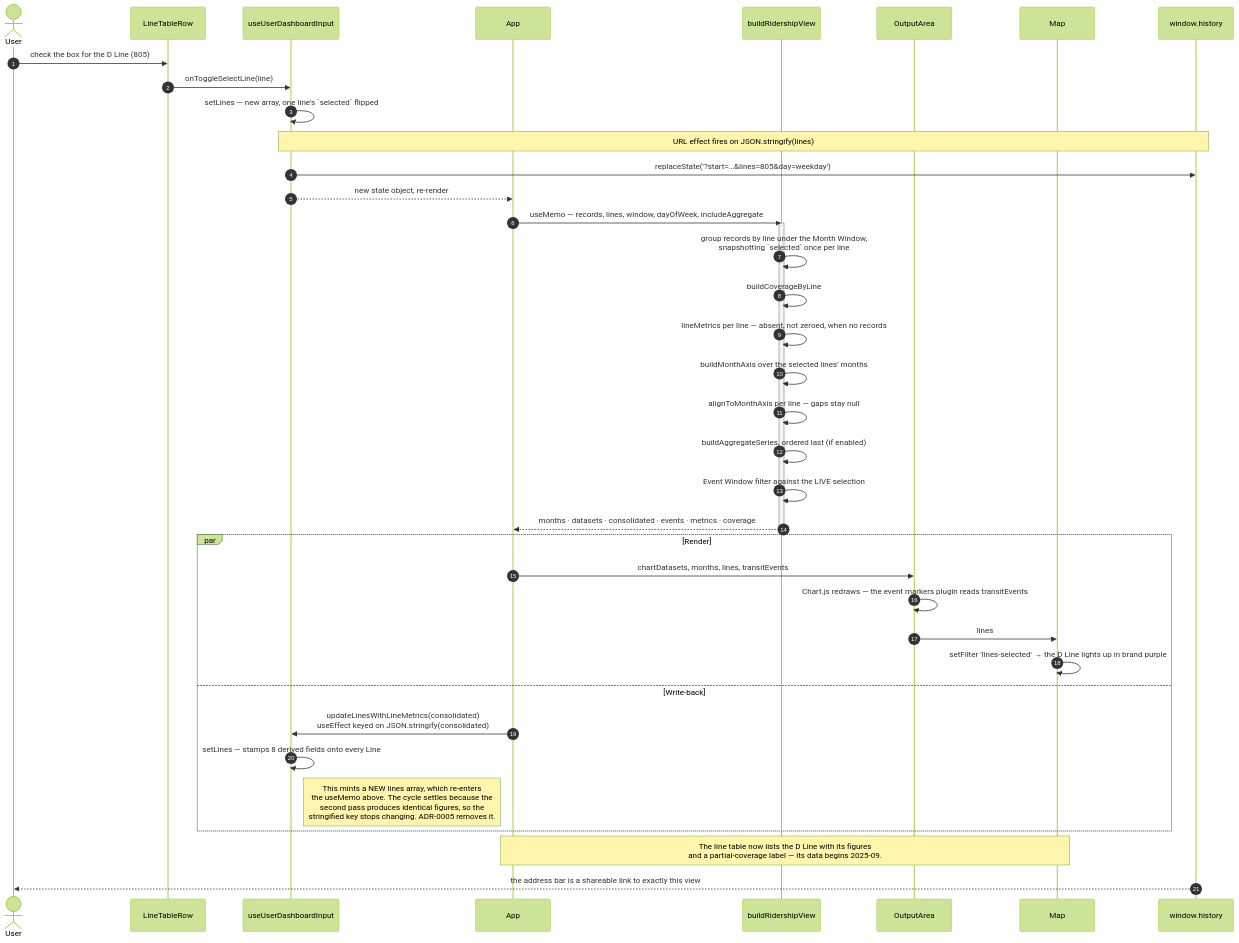
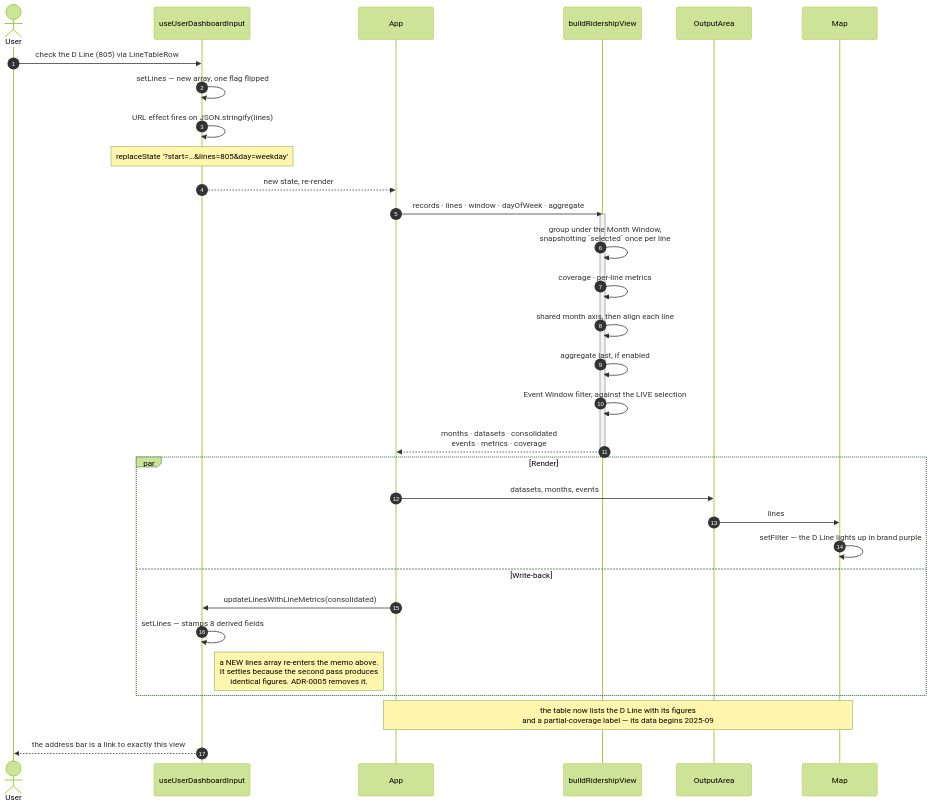
Diagram 20 of 21 in docs/architecture/diagrams.md (streetsforall/metro_ridership_app), drawn with Mermaid (forest theme) before and after one commit. The commit also changed other lines of this file and 38 other files, not shown here.

First line of the commit message:
docs: redraw the diagrams in the app's palette, and unstick CLAUDE.md

````diff
--- a/docs/architecture/diagrams.md
+++ b/docs/architecture/diagrams.md
@@ -1169,47 +1255,40 @@
 ```mermaid
 sequenceDiagram
   autonumber
   actor U as User
-  participant Row as LineTableRow
   participant Hook as useUserDashboardInput
   participant App as App
   participant View as buildRidershipView
   participant OA as OutputArea
   participant Map as Map
-  participant URL as window.history
 
-  U->>Row: check the box for the D Line (805)
-  Row->>Hook: onToggleSelectLine(line)
-  Hook->>Hook: setLines — new array, one line's `selected` flipped
+  U->>Hook: check the D Line (805) via LineTableRow
+  Hook->>Hook: setLines — new array, one flag flipped
+  Hook->>Hook: URL effect fires on JSON.stringify(lines)
+  Note over Hook: replaceState '?start=…&lines=805&day=weekday'
 
-  Note over Hook,URL: URL effect fires on JSON.stringify(lines)
-  Hook->>URL: replaceState('?start=…&lines=805&day=weekday')
-
-  Hook-->>App: new state object, re-render
-  App->>View: useMemo — records, lines, window, dayOfWeek, includeAggregate
+  Hook-->>App: new state, re-render
+  App->>View: records · lines · window · dayOfWeek · aggregate
 
   activate View
-  View->>View: group records by line under the Month Window,<br/>snapshotting `selected` once per line
-  View->>View: buildCoverageByLine
-  View->>View: lineMetrics per line — absent, not zeroed, when no records
-  View->>View: buildMonthAxis over the selected lines' months
-  View->>View: alignToMonthAxis per line — gaps stay null
-  View->>View: buildAggregateSeries, ordered last (if enabled)
-  View->>View: Event Window filter against the LIVE selection
-  View-->>App: months · datasets · consolidated · events · metrics · coverage
+  View->>View: group under the Month Window,<br/>snapshotting `selected` once per line
+  View->>View: coverage · per-line metrics
+  View->>View: shared month axis, then align each line
+  View->>View: aggregate last, if enabled
+  View->>View: Event Window filter, against the LIVE selection
+  View-->>App: months · datasets · consolidated<br/>events · metrics · coverage
   deactivate View
 
   par Render
-    App->>OA: chartDatasets, months, lines, transitEvents
-    OA->>OA: Chart.js redraws — the event markers plugin reads transitEvents
+    App->>OA: datasets, months, events
     OA->>Map: lines
-    Map->>Map: setFilter 'lines-selected' → the D Line lights up in brand purple
+    Map->>Map: setFilter — the D Line lights up in brand purple
   and Write-back
-    App->>Hook: updateLinesWithLineMetrics(consolidated)<br/>useEffect keyed on JSON.stringify(consolidated)
-    Hook->>Hook: setLines — stamps 8 derived fields onto every Line
-    Note right of Hook: This mints a NEW lines array, which re-enters<br/>the useMemo above. The cycle settles because the<br/>second pass produces identical figures, so the<br/>stringified key stops changing. ADR-0005 removes it.
+    App->>Hook: updateLinesWithLineMetrics(consolidated)
+    Hook->>Hook: setLines — stamps 8 derived fields
+    Note right of Hook: a NEW lines array re-enters the memo above.<br/>It settles because the second pass produces<br/>identical figures. ADR-0005 removes it.
   end
 
-  Note over App,Map: The line table now lists the D Line with its figures<br/>and a partial-coverage label — its data begins 2025-09.
-  URL-->>U: the address bar is a shareable link to exactly this view
+  Note over App,Map: the table now lists the D Line with its figures<br/>and a partial-coverage label — its data begins 2025-09
+  Hook-->>U: the address bar is a link to exactly this view
 ```
````
